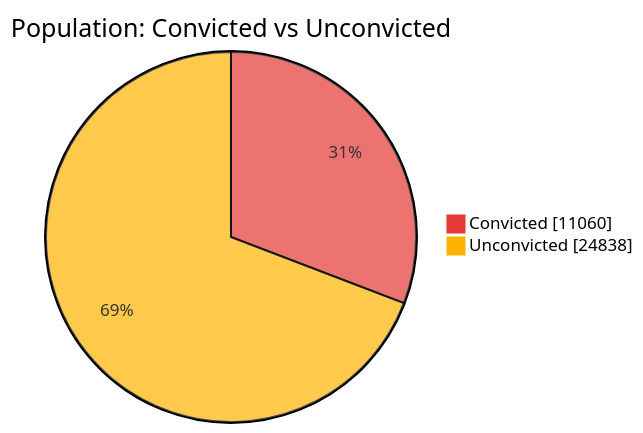
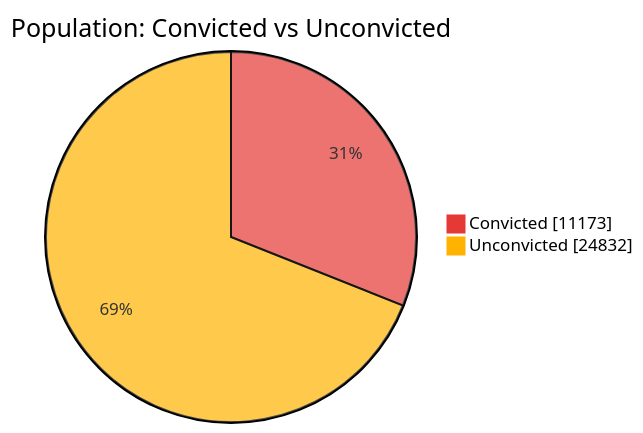
The first of 7 diagrams in README.md (nuuuwan/lk_prisons), drawn with Mermaid before and after one commit. The commit also changed other lines of this file and 1 other file, not shown here.

````diff
--- a/README.md
+++ b/README.md
@@ -43,6 +43,6 @@
 ```mermaid
 %%{init: {'themeVariables': {'pie1': '#E53935', 'pie2': '#FFB300'}}}%%
 pie showData title Population: Convicted vs Unconvicted
-    "Convicted" : 11060
-    "Unconvicted" : 24838
+    "Convicted" : 11173
+    "Unconvicted" : 24832
 ```
````
